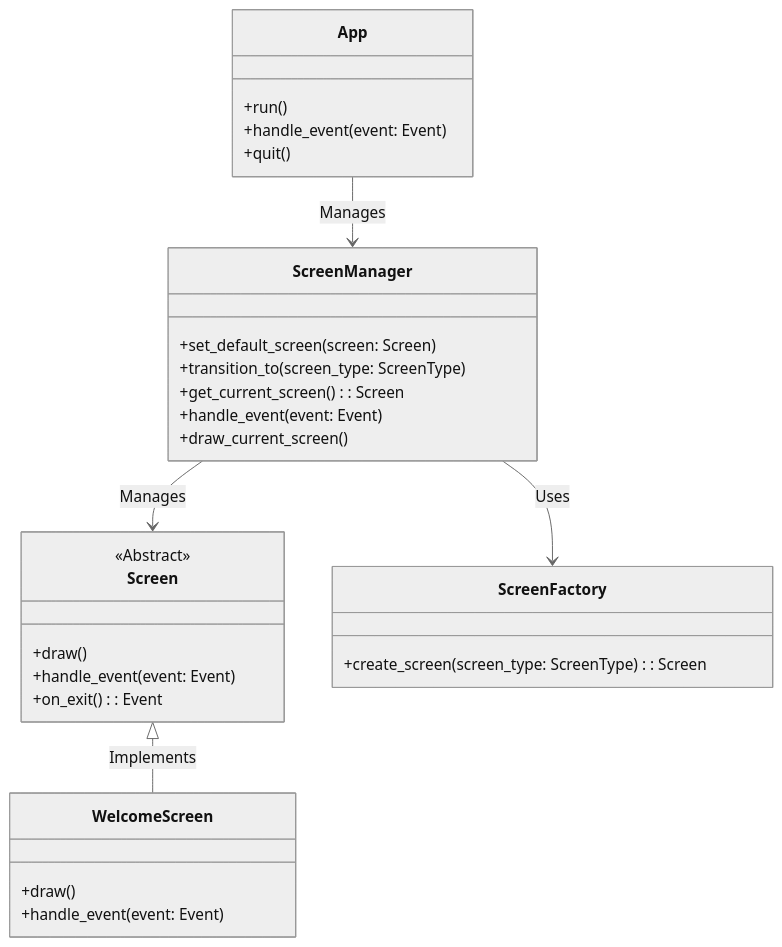
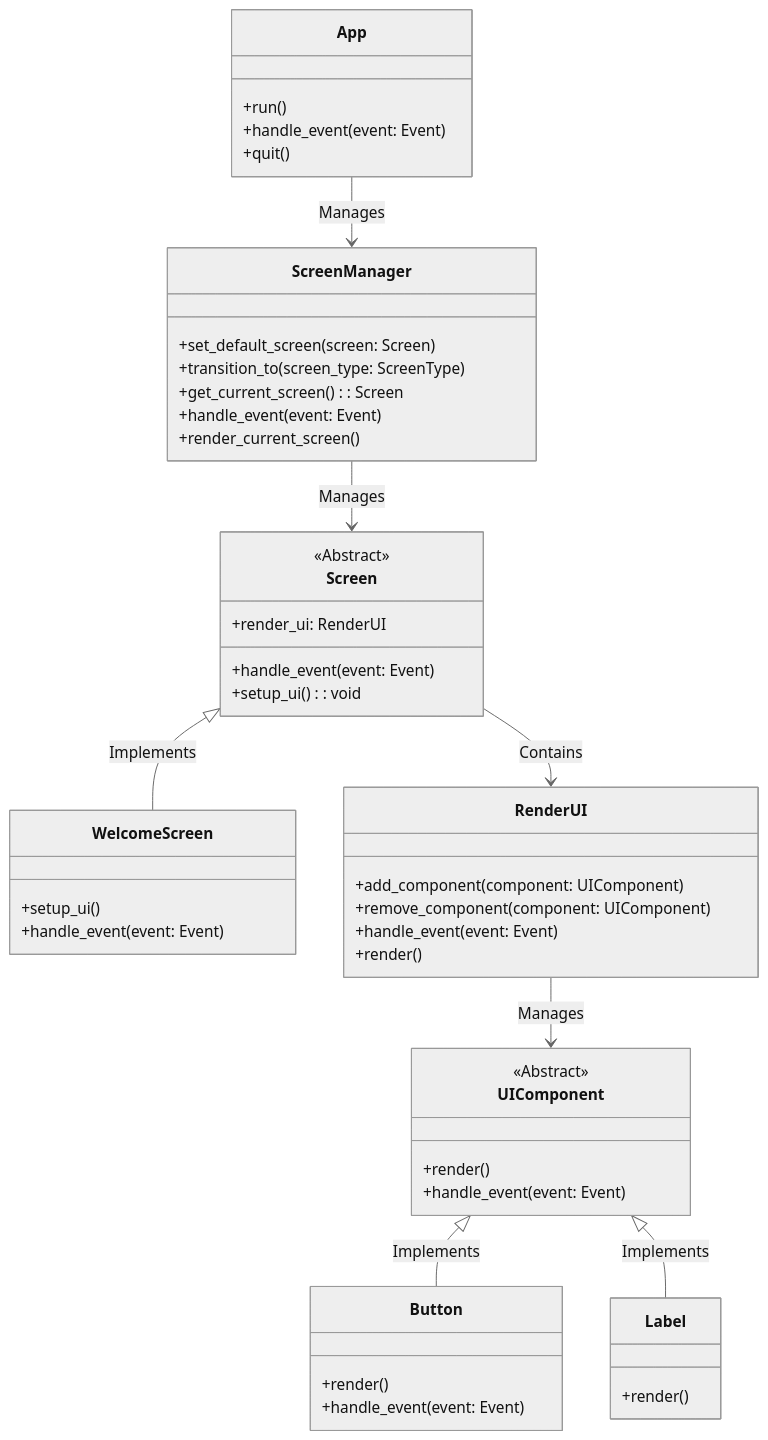
Before and after one commit to Phastboy/drawing: the first of 2 diagrams in README.md, drawn with Mermaid (neutral theme).

````diff
--- a/README.md
+++ b/README.md
@@ -4,39 +4,60 @@
 ``` mermaid
 classDiagram
     direction TB
     class App {
         +run()
         +handle_event(event: Event)
         +quit()
     }
 
     class Screen {
         <<Abstract>>
-        +draw()
+        +render_ui: RenderUI
         +handle_event(event: Event)
-        +on_exit(): Event
+        +setup_ui(): void
     }
 
     class WelcomeScreen {
-        +draw()
+        +setup_ui()
         +handle_event(event: Event)
+    }
+
+    class RenderUI {
+        +add_component(component: UIComponent)
+        +remove_component(component: UIComponent)
+        +handle_event(event: Event)
+        +render()
+    }
+
+    class UIComponent {
+        <<Abstract>>
+        +render()
+        +handle_event(event: Event)
+    }
+
+    class Button {
+        +render()
+        +handle_event(event: Event)
+    }
+
+    class Label {
+        +render()
     }
 
     class ScreenManager {
         +set_default_screen(screen: Screen)
         +transition_to(screen_type: ScreenType)
         +get_current_screen(): Screen
         +handle_event(event: Event)
-        +draw_current_screen()
-    }
-
-    class ScreenFactory {
-        +create_screen(screen_type: ScreenType): Screen
+        +render_current_screen()
     }
 
     App --> ScreenManager : Manages
-    ScreenManager --> ScreenFactory : Uses
     ScreenManager --> Screen : Manages
+    Screen --> RenderUI : Contains
+    RenderUI --> UIComponent : Manages
+    UIComponent <|-- Button : Implements
+    UIComponent <|-- Label : Implements
     Screen <|-- WelcomeScreen : Implements
 
 ```
````
